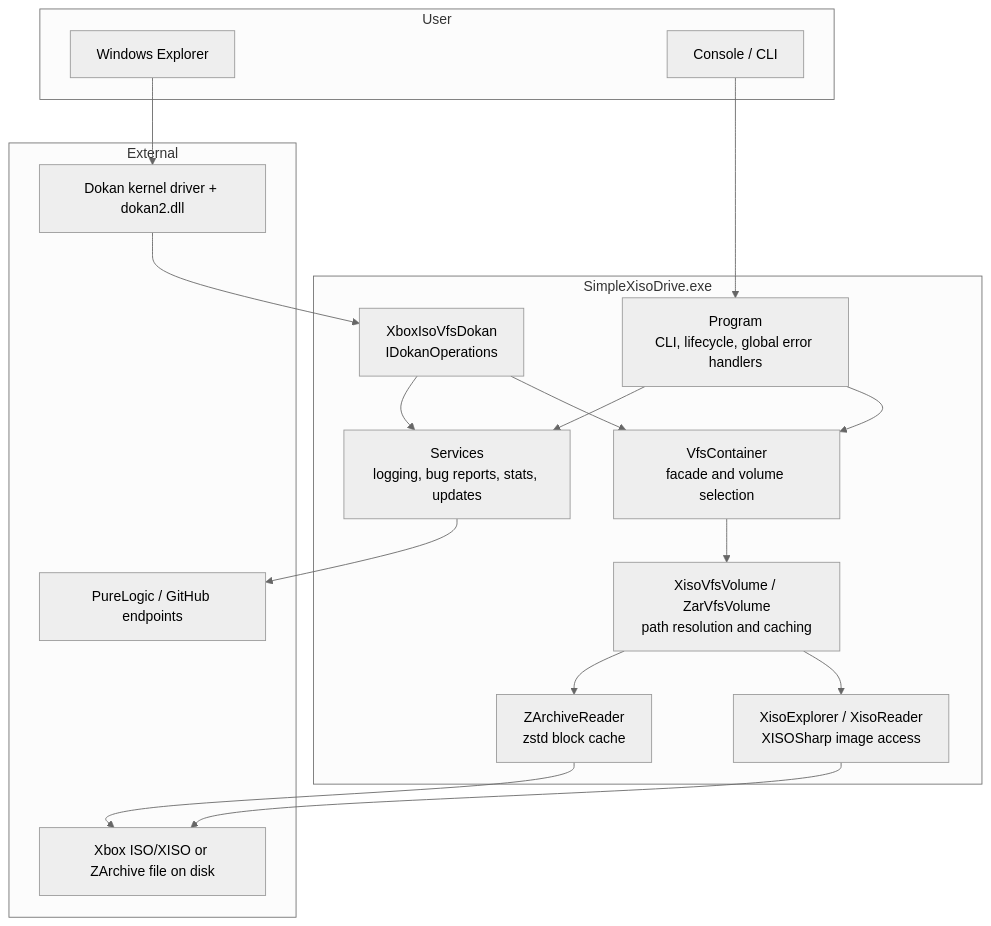
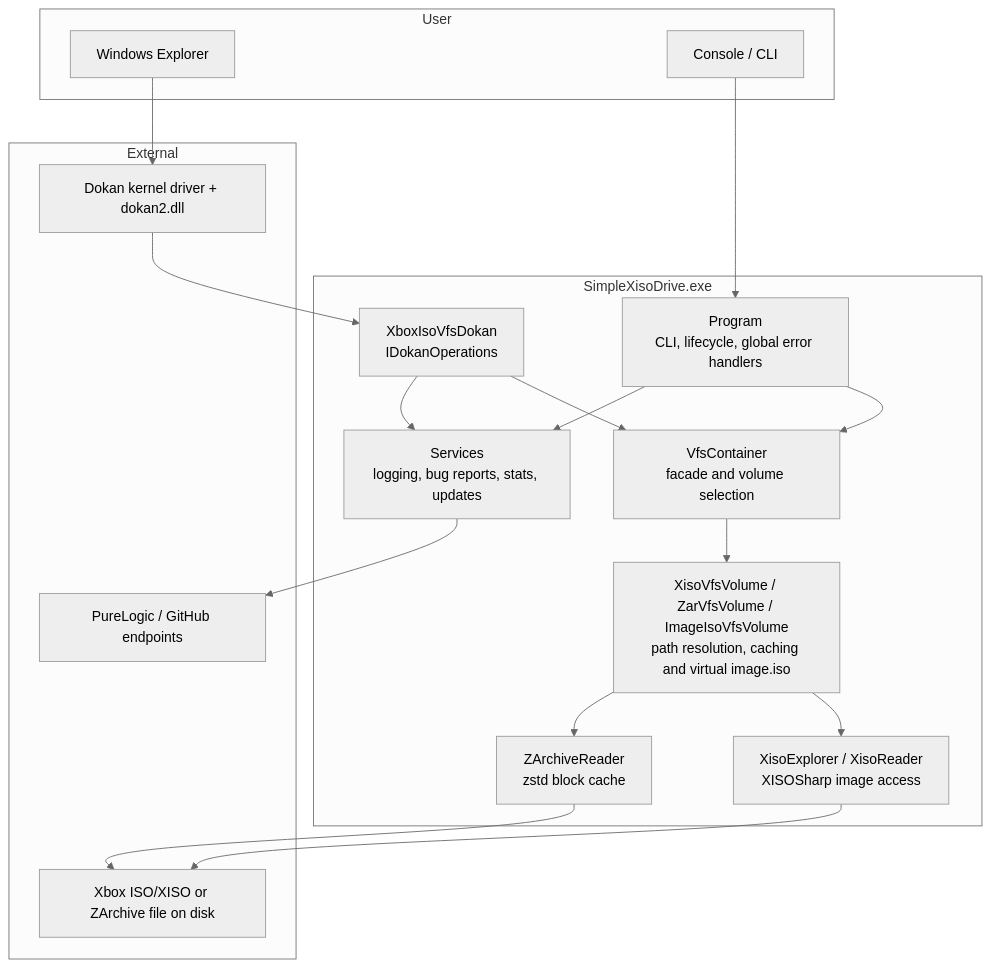
One commit to purelogiccode/SimpleXisoDrive changed the first of 2 diagrams in docs/Architecture.md. Above: the diagram before and after it, drawn with Mermaid (neutral theme). The commit also changed other lines of this file and 21 other files, not shown here.

First line of the commit message:
feat: add --image-iso virtual image mount; synthesize ZAR trees in memory

````diff
--- a/docs/Architecture.md
+++ b/docs/Architecture.md
@@ -10,37 +10,37 @@
 ```mermaid
 flowchart TD
     subgraph User["User"]
         Explorer["Windows Explorer"]
         Console["Console / CLI"]
     end
 
     subgraph App["SimpleXisoDrive.exe"]
         Program["Program<br/>CLI, lifecycle, global error handlers"]
         DokanOps["XboxIsoVfsDokan<br/>IDokanOperations"]
         Vfs["VfsContainer<br/>facade and volume selection"]
-        Volumes["XisoVfsVolume / ZarVfsVolume<br/>path resolution and caching"]
+        Volumes["XisoVfsVolume / ZarVfsVolume / ImageIsoVfsVolume<br/>path resolution, caching and virtual image.iso"]
         Xiso["XisoExplorer / XisoReader<br/>XISOSharp image access"]
         Zar["ZArchiveReader<br/>zstd block cache"]
         Services["Services<br/>logging, bug reports, stats, updates"]
     end
 
     subgraph External["External"]
         Dokan["Dokan kernel driver + dokan2.dll"]
         Image["Xbox ISO/XISO or ZArchive file on disk"]
         Api["PureLogic / GitHub endpoints"]
     end
 
     Explorer --> Dokan
     Console --> Program
     Dokan --> DokanOps
     DokanOps --> Vfs
     Vfs --> Volumes
     Volumes --> Xiso
     Volumes --> Zar
     Xiso --> Image
     Zar --> Image
     Program --> Vfs
     Program --> Services
     DokanOps --> Services
     Services --> Api
 ```
````
